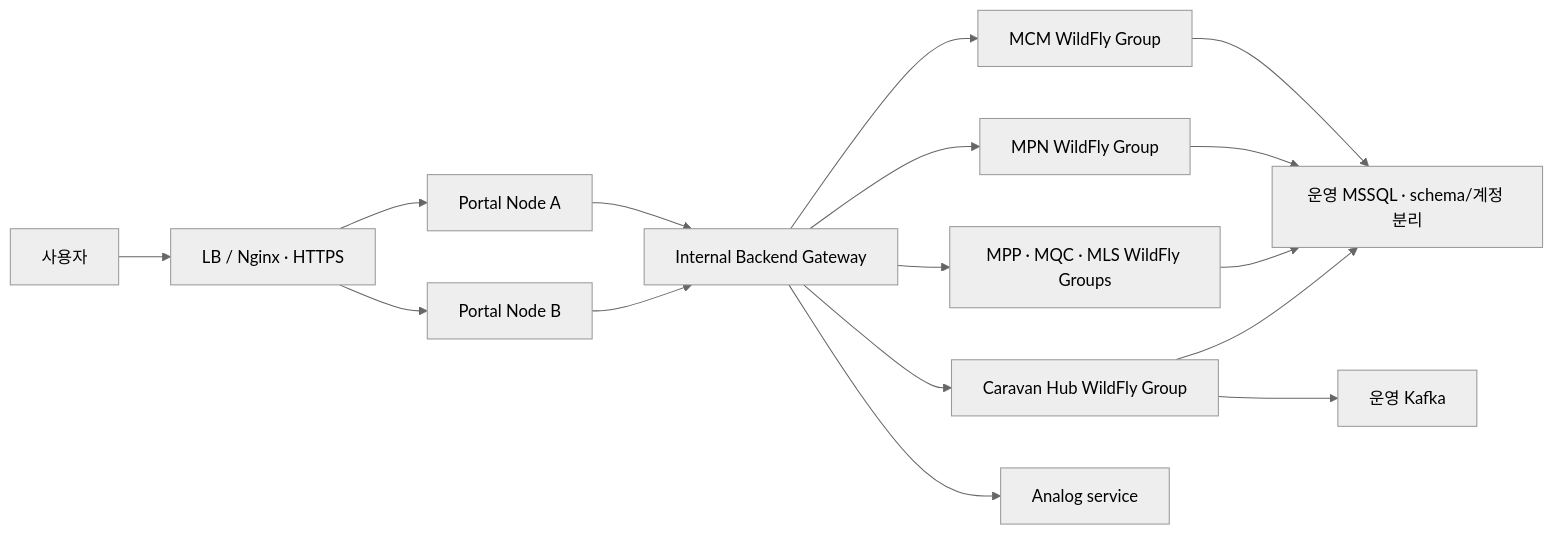
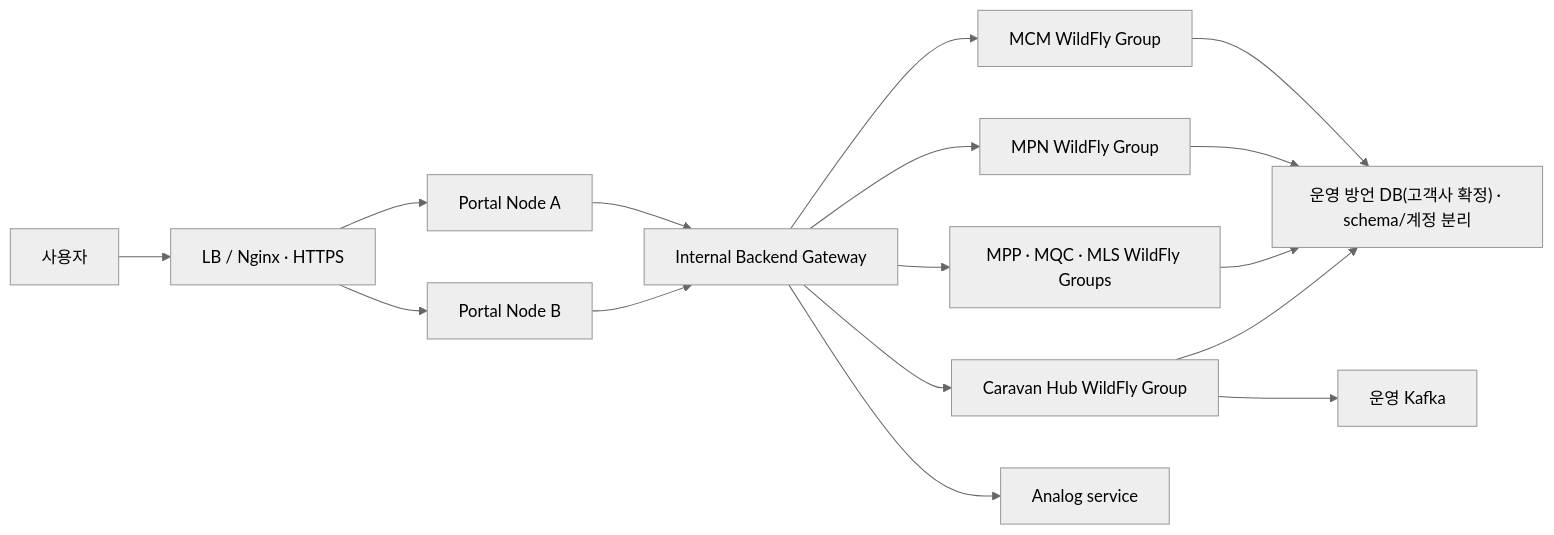
One commit to jongik-sv/dmes-standard changed the second of 2 diagrams in docs/guide/Operations/DMES-Deployment-Guide.md. Above: the diagram before and after it, drawn with Mermaid (neutral theme). The commit also changed other lines of this file and 8 other files, not shown here.

````diff
--- a/docs/guide/Operations/DMES-Deployment-Guide.md
+++ b/docs/guide/Operations/DMES-Deployment-Guide.md
@@ -319,18 +319,18 @@
 ```mermaid
 flowchart LR
     U["사용자"] --> LB["LB / Nginx · HTTPS"]
     LB --> PA["Portal Node A"]
     LB --> PB["Portal Node B"]
     PA --> BG["Internal Backend Gateway"]
     PB --> BG
     BG --> AUTH["MCM WildFly Group"]
     BG --> PLAN["MPN WildFly Group"]
     BG --> MES["MPP · MQC · MLS WildFly Groups"]
     BG --> IF["Caravan Hub WildFly Group"]
     BG --> LOG["Analog service"]
-    AUTH --> DB["운영 MSSQL · schema/계정 분리"]
+    AUTH --> DB["운영 방언 DB(고객사 확정) · schema/계정 분리"]
     PLAN --> DB
     MES --> DB
     IF --> DB
     IF --> K["운영 Kafka"]
 ```
````
